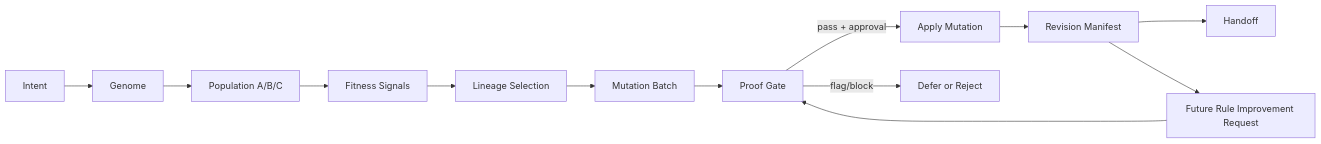
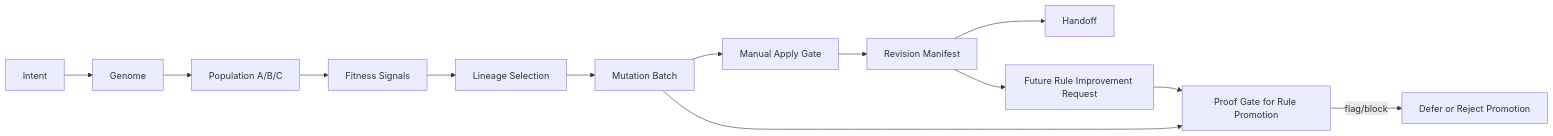
Before and after one commit to cyberAlchemyAI/domainspec: the second of 2 diagrams in docs/features/ui-prototyping-studio/ARCHITECTURE.md, drawn with Mermaid. The commit also changed other lines of this file and 22 other files, not shown here.

````diff
--- a/docs/features/ui-prototyping-studio/ARCHITECTURE.md
+++ b/docs/features/ui-prototyping-studio/ARCHITECTURE.md
@@ -107,15 +111,15 @@
 ```mermaid
 flowchart LR
     A[Intent] --> B[Genome]
     B --> C[Population A/B/C]
     C --> D[Fitness Signals]
     D --> E[Lineage Selection]
     E --> F[Mutation Batch]
-    F --> G[Proof Gate]
-    G -->|pass + approval| H[Apply Mutation]
-    G -->|flag/block| I[Defer or Reject]
+    F --> H[Manual Apply Gate]
+    F --> G[Proof Gate for Rule Promotion]
+    G -->|flag/block| I[Defer or Reject Promotion]
     H --> J[Revision Manifest]
     J --> K[Handoff]
     J --> L[Future Rule Improvement Request]
     L --> G
 ```
````
